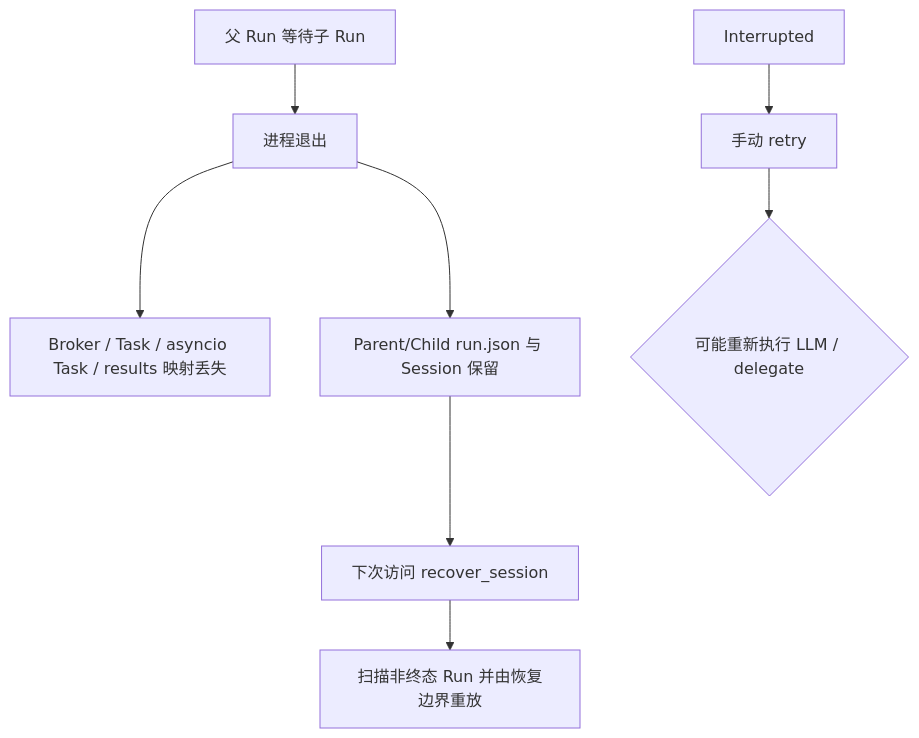
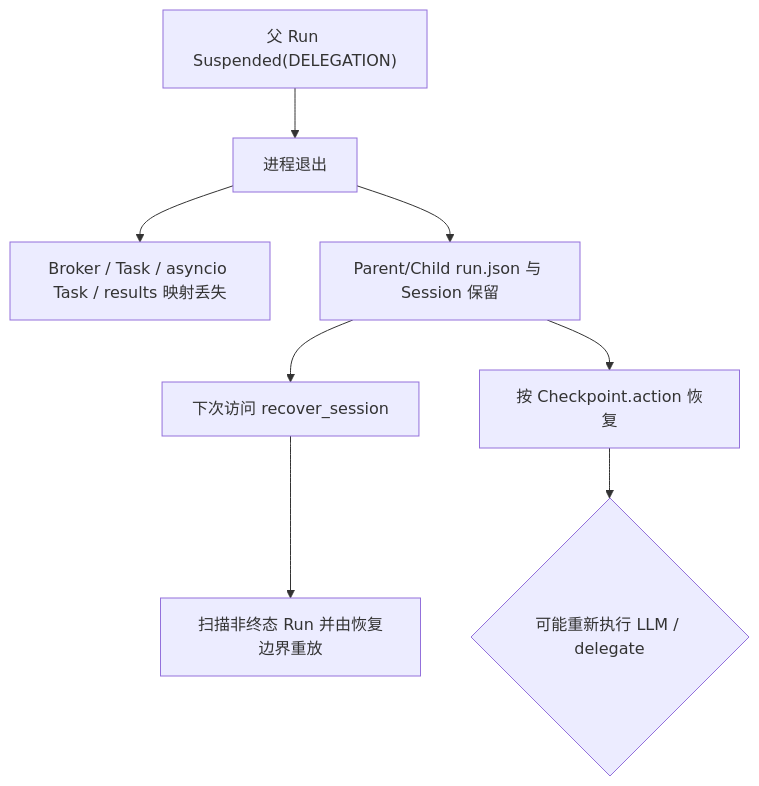
Before and after one commit to aandbcct/dotClaw: diagram 21 of 22 in docs/wiki/Orchestration 与 Delegation 模块总体说明.md, drawn with Mermaid. The commit also changed other lines of this file and 12 other files, not shown here.

````diff
--- a/docs/wiki/Orchestration 与 Delegation 模块总体说明.md
+++ b/docs/wiki/Orchestration 与 Delegation 模块总体说明.md
@@ -2009,10 +2015,10 @@
 ```mermaid
 flowchart TD
-    Running["父 Run 等待子 Run"] --> Crash["进程退出"]
+    Running["父 Run Suspended(DELEGATION)"] --> Crash["进程退出"]
     Crash --> Lost["Broker / Task / asyncio Task / results 映射丢失"]
     Crash --> Persisted["Parent/Child run.json 与 Session 保留"]
     Persisted --> Recover["下次访问 recover_session"]
     Recover --> NonEnded["扫描非终态 Run 并由恢复边界重放"]
-    Interrupted --> Retry["手动 retry"]
-    Retry --> Duplicate{"可能重新执行 LLM / delegate"}
+    Persisted --> Resume["按 Checkpoint.action 恢复"]
+    Resume --> Duplicate{"可能重新执行 LLM / delegate"}
 ```
````
